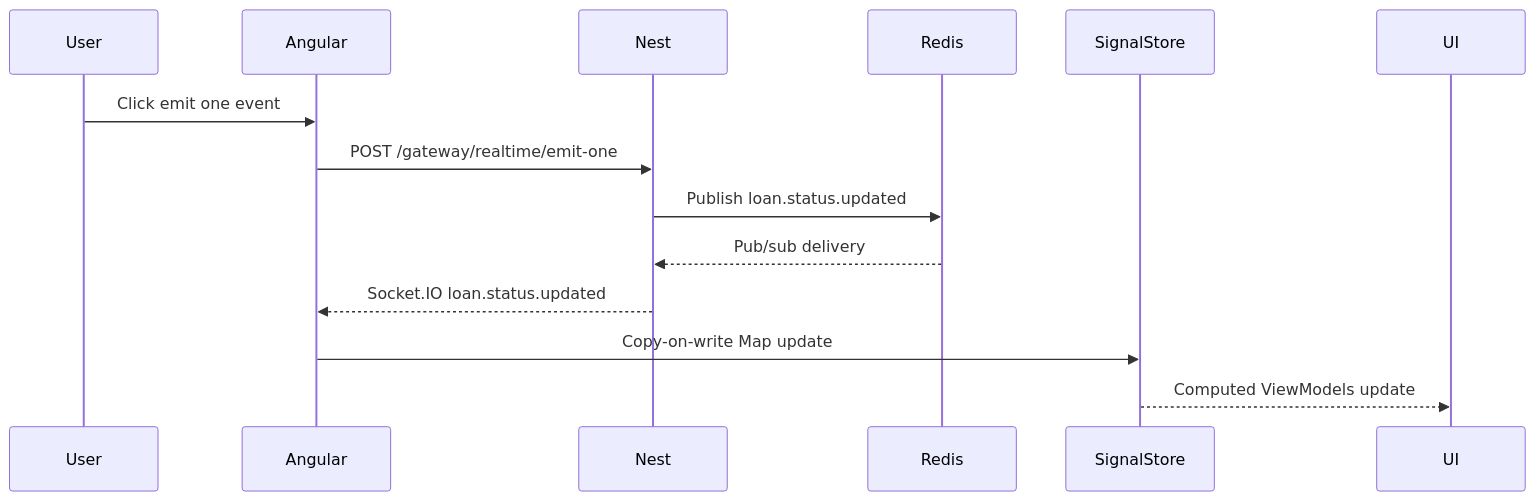
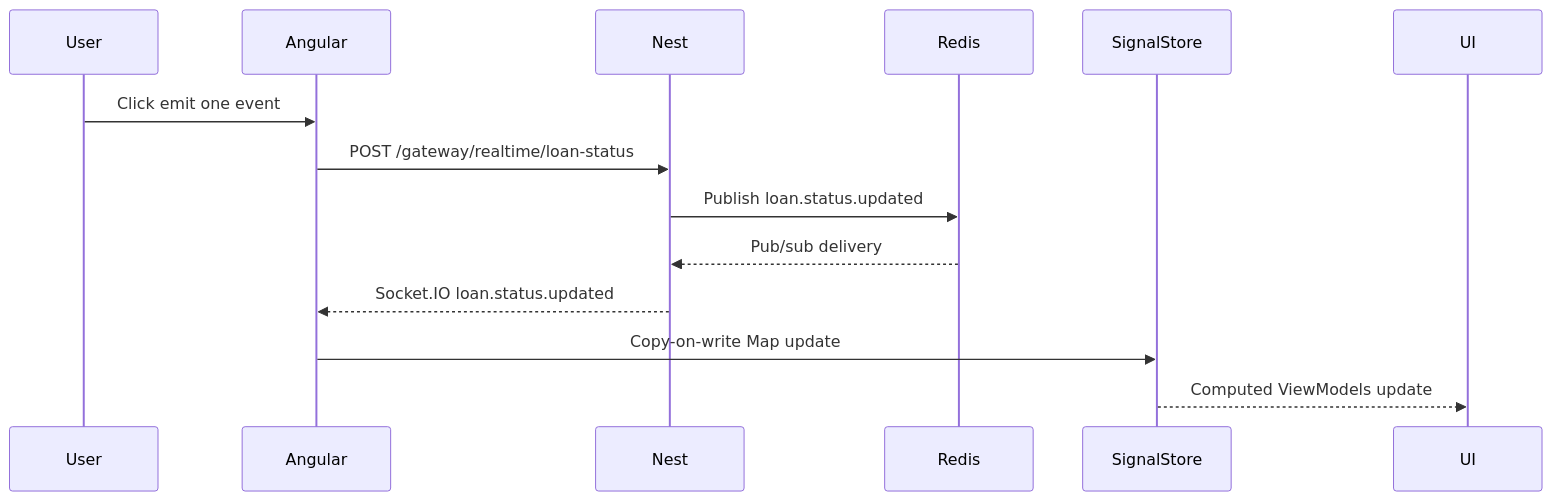
One commit to JeffreySanford/architecture-intelligence-lab changed the diagram in documentation/16-realtime-socketio-redis-lab.md. Above: the diagram before and after it, drawn with Mermaid. The commit also changed other lines of this file and 25 other files, not shown here.

````diff
--- a/documentation/16-realtime-socketio-redis-lab.md
+++ b/documentation/16-realtime-socketio-redis-lab.md
@@ -9,17 +9,17 @@
 ```mermaid
 sequenceDiagram
   participant User
   participant Angular
   participant Nest
   participant Redis
   participant Store as SignalStore
   participant UI
 
   User->>Angular: Click emit one event
-  Angular->>Nest: POST /gateway/realtime/emit-one
+  Angular->>Nest: POST /gateway/realtime/loan-status
   Nest->>Redis: Publish loan.status.updated
   Redis-->>Nest: Pub/sub delivery
   Nest-->>Angular: Socket.IO loan.status.updated
   Angular->>Store: Copy-on-write Map update
   Store-->>UI: Computed ViewModels update
 ```
````
